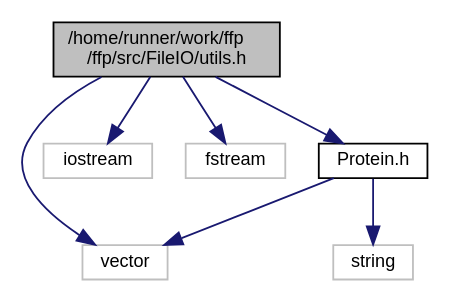
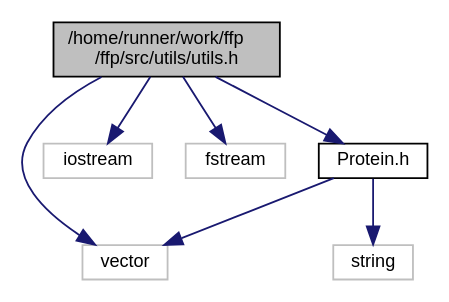
Before and after one commit to Mohamed-Nser-Said/ffp: the diagram in utils_8h__incl.dot, drawn with Graphviz. The commit also changed 47 other files, not shown here.

```diff
--- a/utils_8h__incl.dot
+++ b/utils_8h__incl.dot
@@ -1,18 +1,18 @@
-digraph "/home/runner/work/ffp/ffp/src/FileIO/utils.h"
+digraph "/home/runner/work/ffp/ffp/src/utils/utils.h"
 {
  // LATEX_PDF_SIZE
   edge [fontname="Helvetica",fontsize="10",labelfontname="Helvetica",labelfontsize="10"];
   node [fontname="Helvetica",fontsize="10",shape=record];
-  Node1 [label="/home/runner/work/ffp\l/ffp/src/FileIO/utils.h",height=0.2,width=0.4,color="black", fillcolor="grey75", style="filled", fontcolor="black",tooltip=" "];
+  Node1 [label="/home/runner/work/ffp\l/ffp/src/utils/utils.h",height=0.2,width=0.4,color="black", fillcolor="grey75", style="filled", fontcolor="black",tooltip=" "];
   Node1 -> Node2 [color="midnightblue",fontsize="10",style="solid",fontname="Helvetica"];
   Node2 [label="vector",height=0.2,width=0.4,color="grey75", fillcolor="white", style="filled",tooltip=" "];
   Node1 -> Node3 [color="midnightblue",fontsize="10",style="solid",fontname="Helvetica"];
   Node3 [label="iostream",height=0.2,width=0.4,color="grey75", fillcolor="white", style="filled",tooltip=" "];
   Node1 -> Node4 [color="midnightblue",fontsize="10",style="solid",fontname="Helvetica"];
   Node4 [label="fstream",height=0.2,width=0.4,color="grey75", fillcolor="white", style="filled",tooltip=" "];
   Node1 -> Node5 [color="midnightblue",fontsize="10",style="solid",fontname="Helvetica"];
   Node5 [label="Protein.h",height=0.2,width=0.4,color="black", fillcolor="white", style="filled",URL="$Protein_8h.html",tooltip=" "];
   Node5 -> Node6 [color="midnightblue",fontsize="10",style="solid",fontname="Helvetica"];
   Node6 [label="string",height=0.2,width=0.4,color="grey75", fillcolor="white", style="filled",tooltip=" "];
   Node5 -> Node2 [color="midnightblue",fontsize="10",style="solid",fontname="Helvetica"];
 }
```
